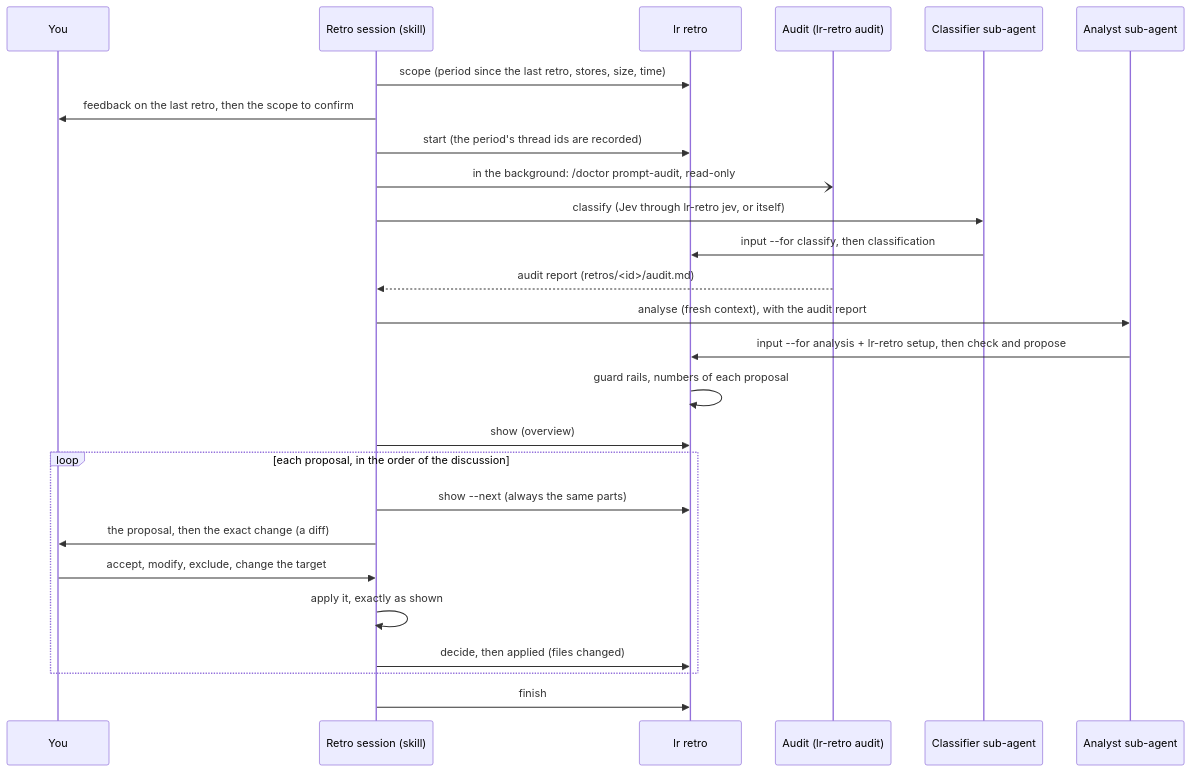
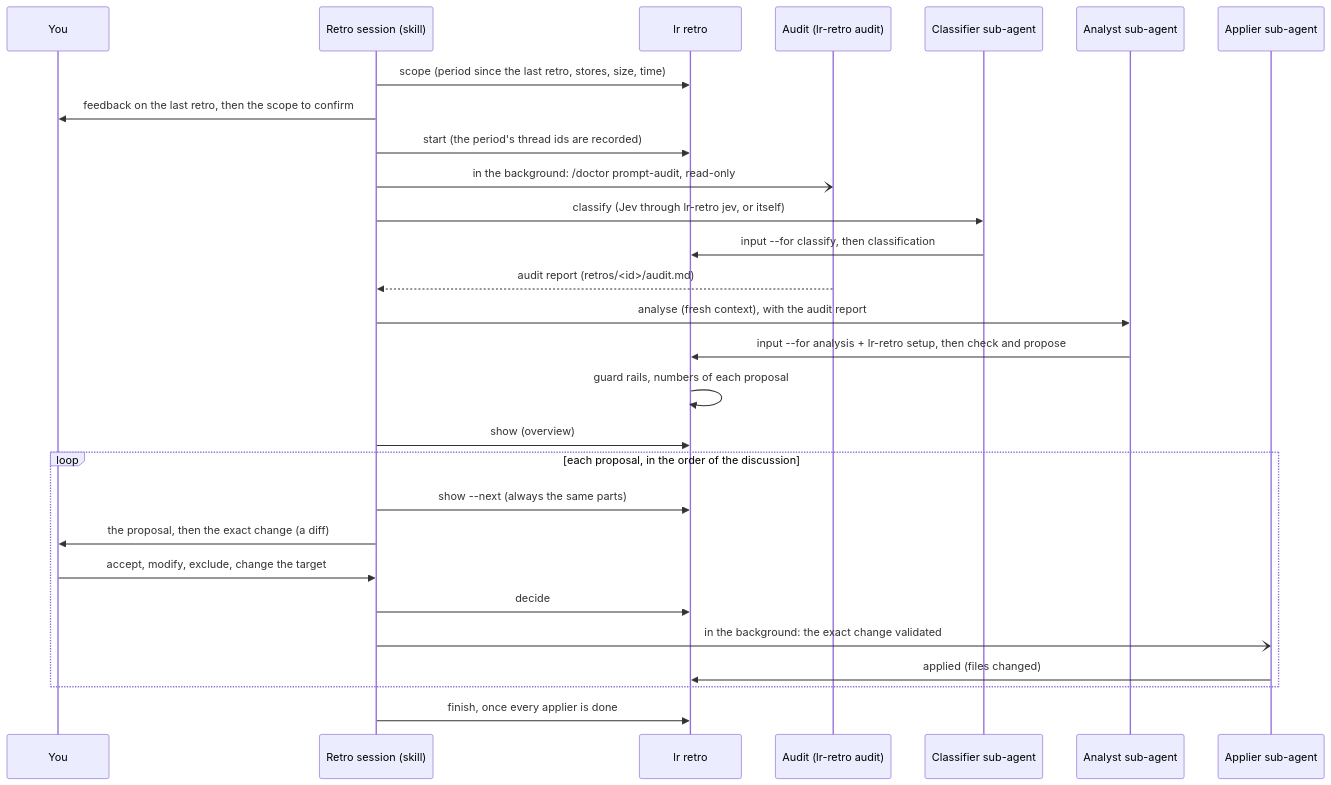
The second of 3 diagrams in docs/architecture.md (silykat/silykat), drawn with Mermaid before and after one commit. The commit also changed other lines of this file and 4 other files, not shown here.

Commit message:
feat(claude-code): apply each validated retro change in a background sub-agent

````diff
--- a/docs/architecture.md
+++ b/docs/architecture.md
@@ -81,28 +81,30 @@
 ```mermaid
 sequenceDiagram
   participant U as You
   participant S as Retro session (skill)
   participant L as lr retro
   participant D as Audit (lr-retro audit)
   participant C as Classifier sub-agent
   participant A as Analyst sub-agent
+  participant P as Applier sub-agent
   S->>L: scope (period since the last retro, stores, size, time)
   S->>U: feedback on the last retro, then the scope to confirm
   S->>L: start (the period's thread ids are recorded)
   S-)D: in the background: /doctor prompt-audit, read-only
   S->>C: classify (Jev through lr-retro jev, or itself)
   C->>L: input --for classify, then classification
   D-->>S: audit report (retros/<id>/audit.md)
   S->>A: analyse (fresh context), with the audit report
   A->>L: input --for analysis + lr-retro setup, then check and propose
   L->>L: guard rails, numbers of each proposal
   S->>L: show (overview)
   loop each proposal, in the order of the discussion
     S->>L: show --next (always the same parts)
     S->>U: the proposal, then the exact change (a diff)
     U->>S: accept, modify, exclude, change the target
-    S->>S: apply it, exactly as shown
-    S->>L: decide, then applied (files changed)
+    S->>L: decide
+    S-)P: in the background: the exact change validated
+    P->>L: applied (files changed)
   end
-  S->>L: finish
+  S->>L: finish, once every applier is done
 ```
````
